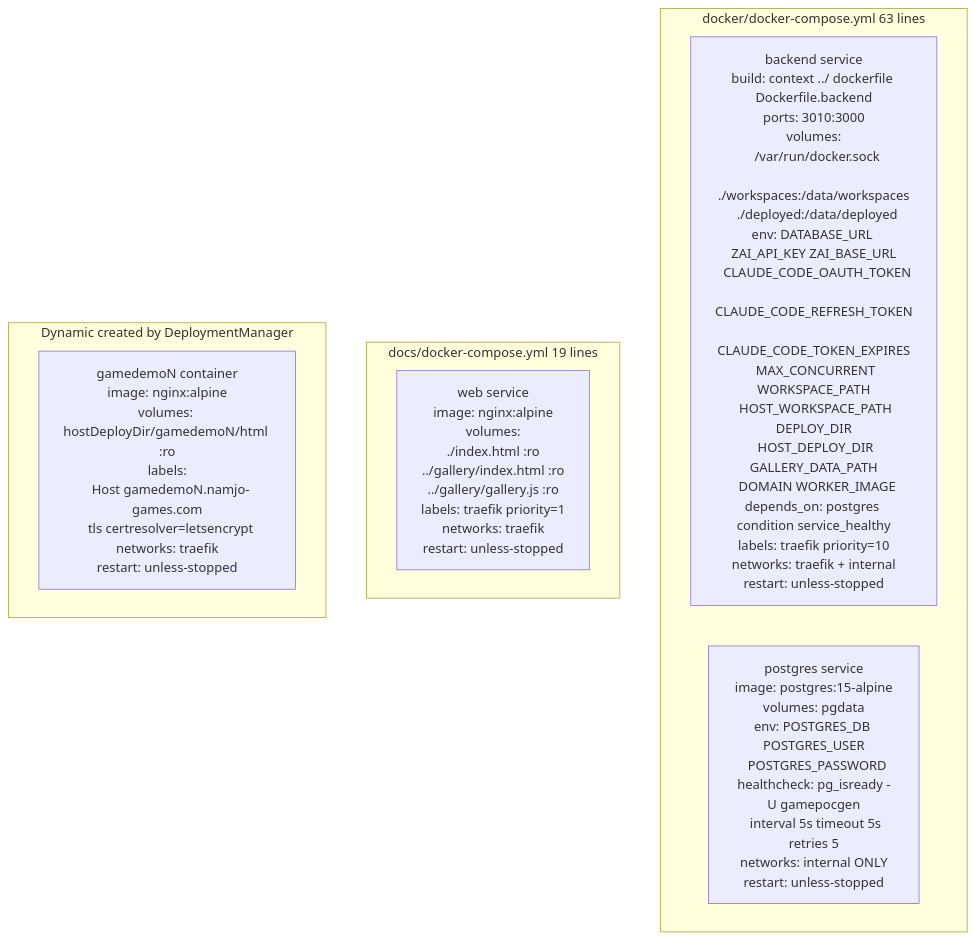
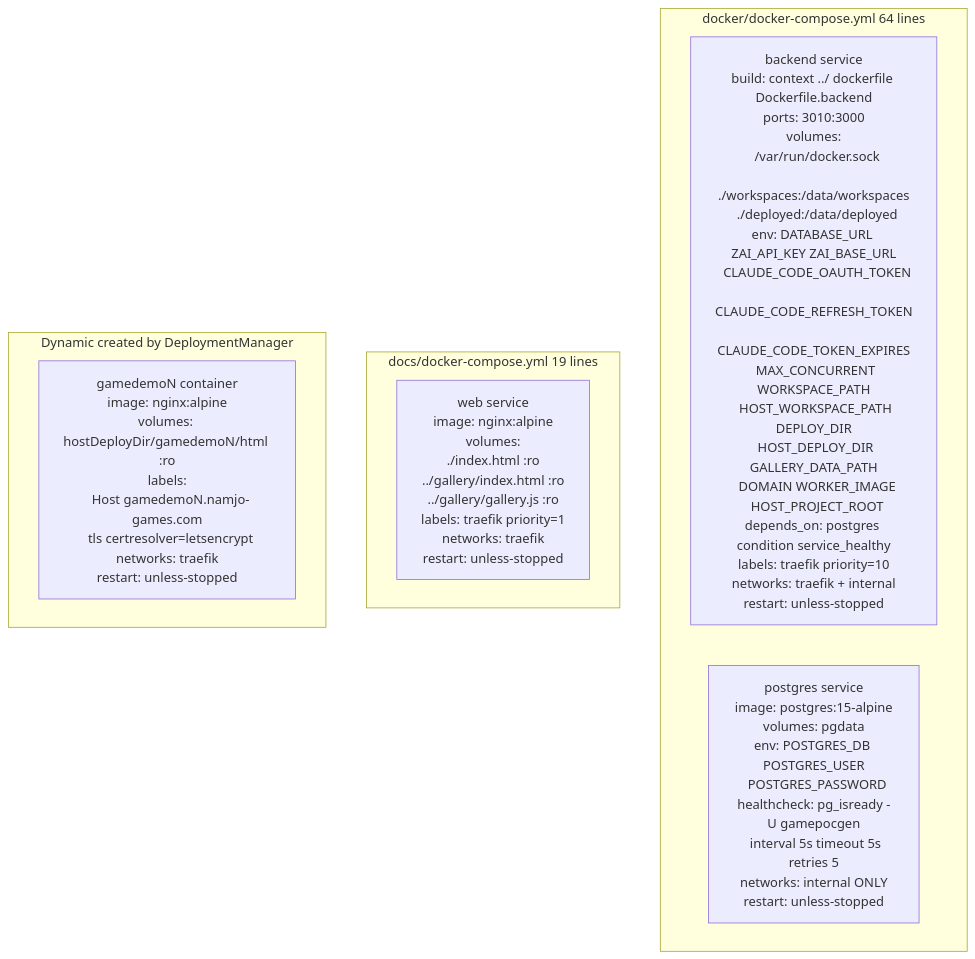
The fourth of 7 diagrams in CLAUDE.md (J-Gierend/gamePocGen), drawn with Mermaid before and after one commit. The commit also changed other lines of this file and 7 other files, not shown here.

First line of the commit message:
docs: update architecture docs, remove orphaned files

````diff
--- a/CLAUDE.md
+++ b/CLAUDE.md
@@ -147,16 +147,16 @@
 ```mermaid
 graph TD
-    subgraph "docker/docker-compose.yml 63 lines"
-        B_SVC["backend service\nbuild: context ../ dockerfile Dockerfile.backend\nports: 3010:3000\nvolumes:\n  /var/run/docker.sock\n  ./workspaces:/data/workspaces\n  ./deployed:/data/deployed\nenv: DATABASE_URL ZAI_API_KEY ZAI_BASE_URL\n  CLAUDE_CODE_OAUTH_TOKEN\n  CLAUDE_CODE_REFRESH_TOKEN\n  CLAUDE_CODE_TOKEN_EXPIRES\n  MAX_CONCURRENT WORKSPACE_PATH\n  HOST_WORKSPACE_PATH DEPLOY_DIR\n  HOST_DEPLOY_DIR GALLERY_DATA_PATH\n  DOMAIN WORKER_IMAGE\ndepends_on: postgres condition service_healthy\nlabels: traefik priority=10\nnetworks: traefik + internal\nrestart: unless-stopped"]
+    subgraph "docker/docker-compose.yml 64 lines"
+        B_SVC["backend service\nbuild: context ../ dockerfile Dockerfile.backend\nports: 3010:3000\nvolumes:\n  /var/run/docker.sock\n  ./workspaces:/data/workspaces\n  ./deployed:/data/deployed\nenv: DATABASE_URL ZAI_API_KEY ZAI_BASE_URL\n  CLAUDE_CODE_OAUTH_TOKEN\n  CLAUDE_CODE_REFRESH_TOKEN\n  CLAUDE_CODE_TOKEN_EXPIRES\n  MAX_CONCURRENT WORKSPACE_PATH\n  HOST_WORKSPACE_PATH DEPLOY_DIR\n  HOST_DEPLOY_DIR GALLERY_DATA_PATH\n  DOMAIN WORKER_IMAGE\n  HOST_PROJECT_ROOT\ndepends_on: postgres condition service_healthy\nlabels: traefik priority=10\nnetworks: traefik + internal\nrestart: unless-stopped"]
 
         P_SVC["postgres service\nimage: postgres:15-alpine\nvolumes: pgdata\nenv: POSTGRES_DB POSTGRES_USER\n  POSTGRES_PASSWORD\nhealthcheck: pg_isready -U gamepocgen\n  interval 5s timeout 5s retries 5\nnetworks: internal ONLY\nrestart: unless-stopped"]
     end
 
     subgraph "docs/docker-compose.yml 19 lines"
         D_SVC["web service\nimage: nginx:alpine\nvolumes:\n  ./index.html :ro\n  ../gallery/index.html :ro\n  ../gallery/gallery.js :ro\nlabels: traefik priority=1\nnetworks: traefik\nrestart: unless-stopped"]
     end
 
     subgraph "Dynamic created by DeploymentManager"
         G_SVC["gamedemoN container\nimage: nginx:alpine\nvolumes: hostDeployDir/gamedemoN/html :ro\nlabels:\n  Host gamedemoN.namjo-games.com\n  tls certresolver=letsencrypt\nnetworks: traefik\nrestart: unless-stopped"]
     end
 ```
````
